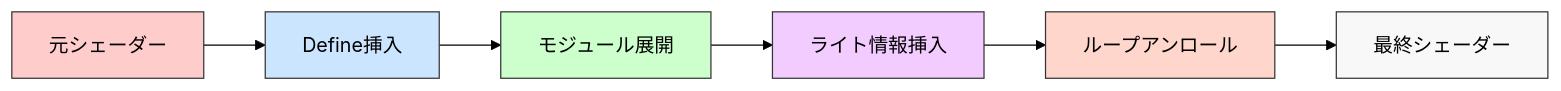
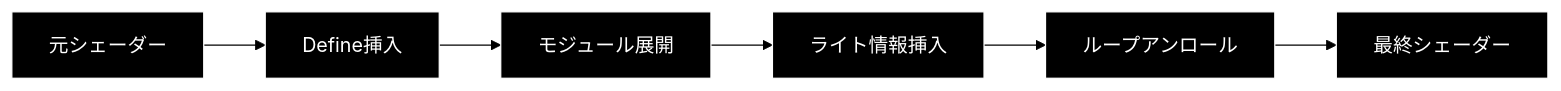
One commit to ukonpower/OREngine changed the third of 3 diagrams in docs/core/render-pipeline.md. Above: the diagram before and after it, drawn with Mermaid (forest theme). The commit also changed other lines of this file and 5 other files, not shown here.

Commit message:
docs: switch diagrams to dark theme

````diff
--- a/docs/core/render-pipeline.md
+++ b/docs/core/render-pipeline.md
@@ -300,15 +300,15 @@
 ```mermaid
 graph LR
     A[元シェーダー] --> B[Define挿入]
     B --> C[モジュール展開]
     C --> D[ライト情報挿入]
     D --> E[ループアンロール]
     E --> F[最終シェーダー]
 
-    style A fill:#ffcccc,stroke:#333
-    style B fill:#cce5ff,stroke:#333
-    style C fill:#ccffcc,stroke:#333
-    style D fill:#f3ccff,stroke:#333
-    style E fill:#ffd6cc,stroke:#333
-    style F fill:#f8f8f8,stroke:#333
+    style A fill:#000,stroke:#fff,color:#fff
+    style B fill:#000,stroke:#fff,color:#fff
+    style C fill:#000,stroke:#fff,color:#fff
+    style D fill:#000,stroke:#fff,color:#fff
+    style E fill:#000,stroke:#fff,color:#fff
+    style F fill:#000,stroke:#fff,color:#fff
 ```
````
